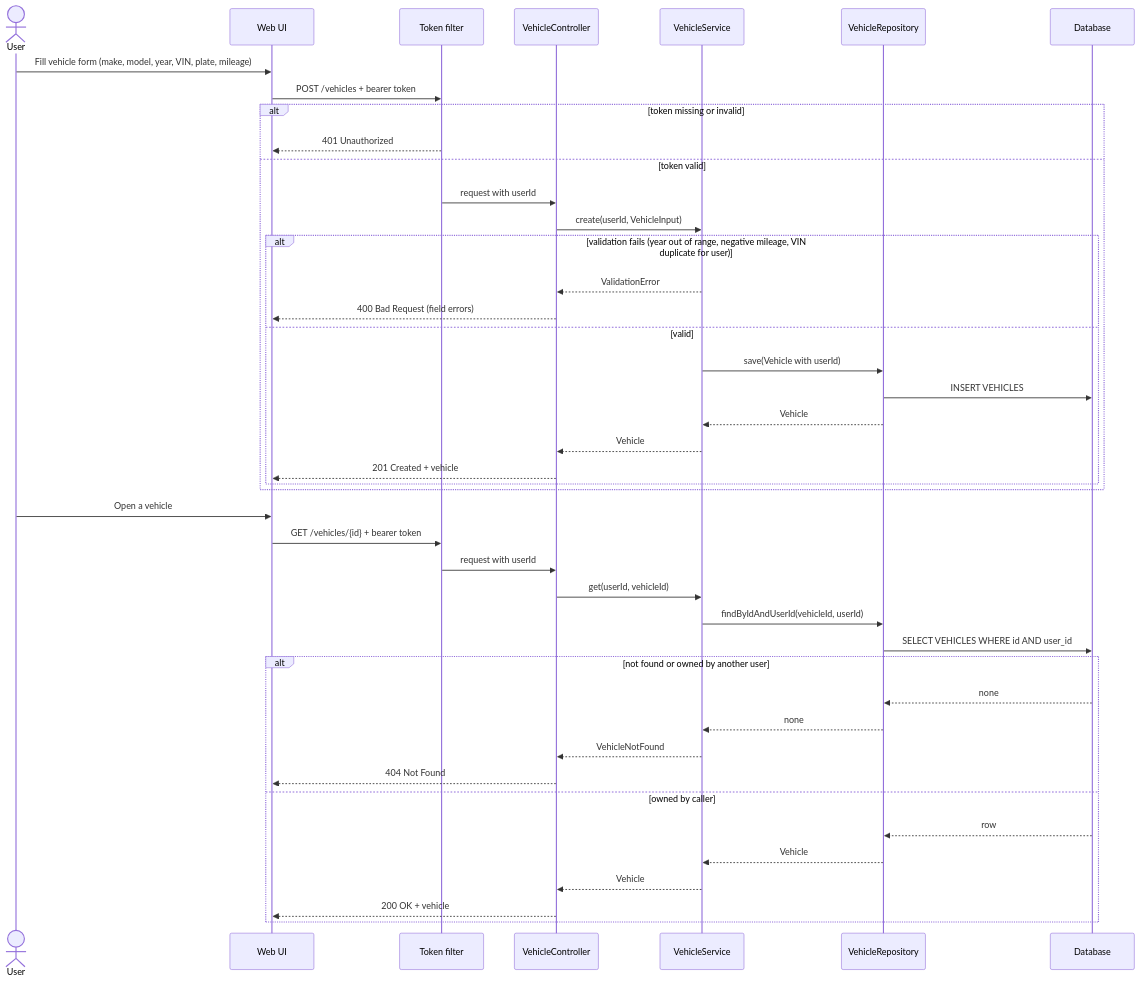
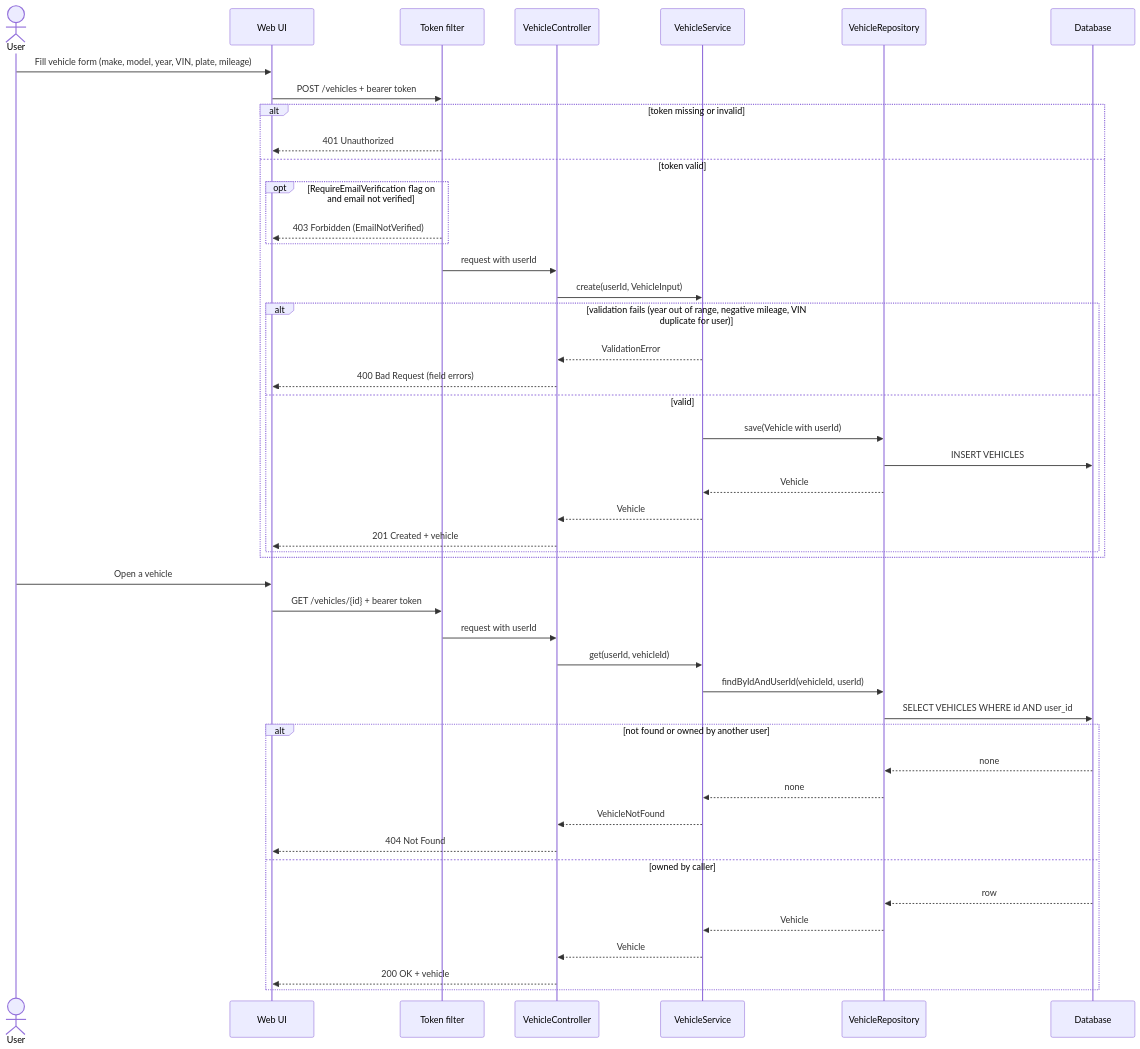
One commit to dieggob/TechnicalTestModernTech changed the sixth of 13 diagrams in Docs/designs/Vehicle Maintenance Tracker.md. Above: the diagram before and after it, drawn with Mermaid. The commit also changed other lines of this file and 3 other files, not shown here.

````diff
--- a/Docs/designs/Vehicle Maintenance Tracker.md
+++ b/Docs/designs/Vehicle Maintenance Tracker.md
@@ -431,47 +431,50 @@
 ```mermaid
 sequenceDiagram
   actor U as User
   participant UI as Web UI
   participant Auth as Token filter
   participant VC as VehicleController
   participant VS as VehicleService
   participant VR as VehicleRepository
   participant DB as Database
 
   U->>UI: Fill vehicle form (make, model, year, VIN, plate, mileage)
   UI->>Auth: POST /vehicles + bearer token
   alt token missing or invalid
     Auth-->>UI: 401 Unauthorized
   else token valid
+    opt RequireEmailVerification flag on and email not verified
+      Auth-->>UI: 403 Forbidden (EmailNotVerified)
+    end
     Auth->>VC: request with userId
     VC->>VS: create(userId, VehicleInput)
     alt validation fails (year out of range, negative mileage, VIN duplicate for user)
       VS-->>VC: ValidationError
       VC-->>UI: 400 Bad Request (field errors)
     else valid
       VS->>VR: save(Vehicle with userId)
       VR->>DB: INSERT VEHICLES
       VR-->>VS: Vehicle
       VS-->>VC: Vehicle
       VC-->>UI: 201 Created + vehicle
     end
   end
 
   U->>UI: Open a vehicle
   UI->>Auth: GET /vehicles/{id} + bearer token
   Auth->>VC: request with userId
   VC->>VS: get(userId, vehicleId)
   VS->>VR: findByIdAndUserId(vehicleId, userId)
   VR->>DB: SELECT VEHICLES WHERE id AND user_id
   alt not found or owned by another user
     DB-->>VR: none
     VR-->>VS: none
     VS-->>VC: VehicleNotFound
     VC-->>UI: 404 Not Found
   else owned by caller
     DB-->>VR: row
     VR-->>VS: Vehicle
     VS-->>VC: Vehicle
     VC-->>UI: 200 OK + vehicle
   end
 ```
````
